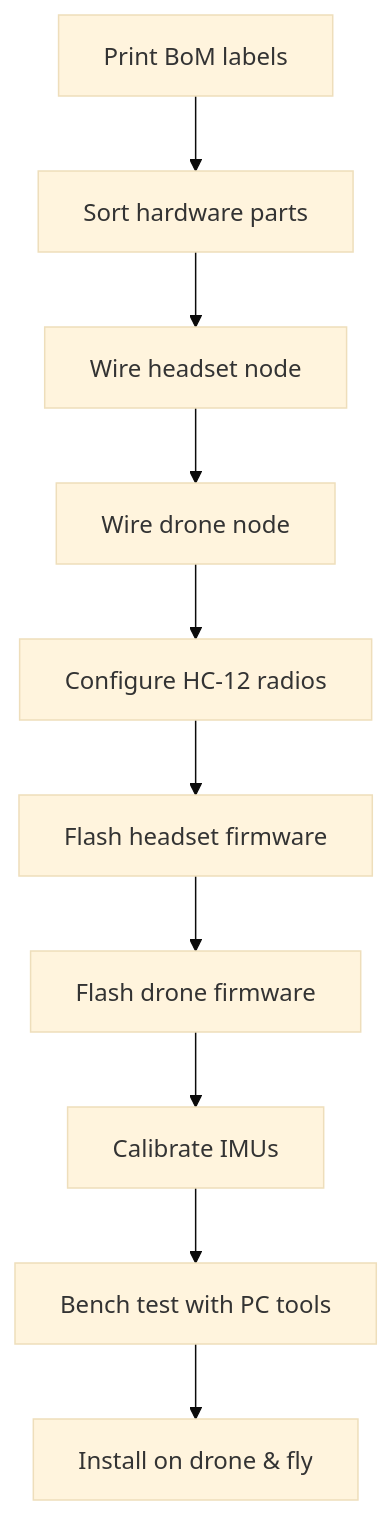
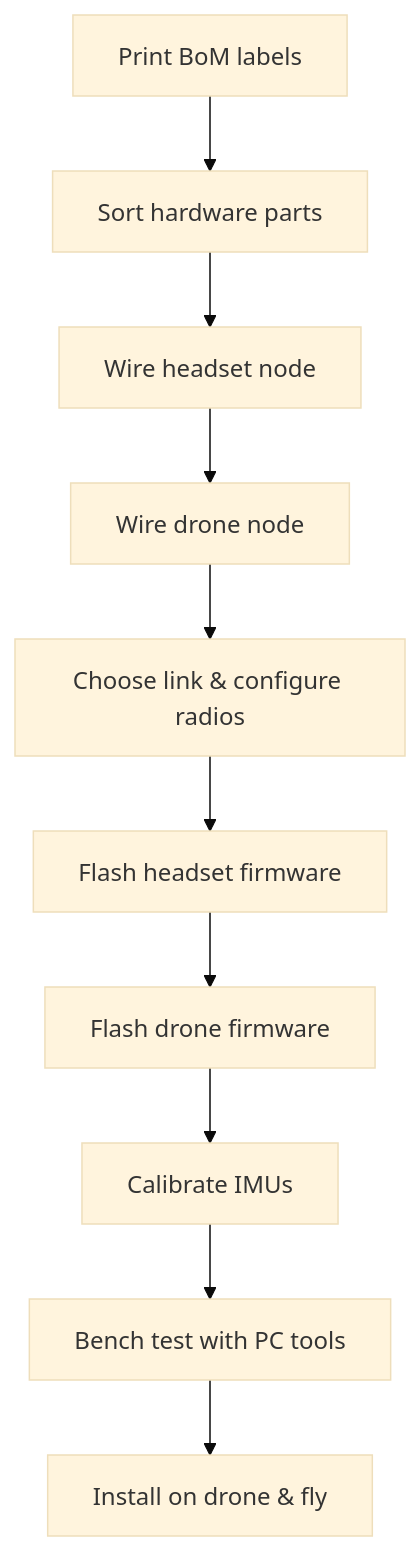
One commit to whertz2105/HeadTracker changed the diagram in README.md. Above: the diagram before and after it, drawn with Mermaid (base theme). The commit also changed other lines of this file and 8 other files, not shown here.

````diff
--- a/README.md
+++ b/README.md
@@ -107,12 +125,12 @@
 ```mermaid
 graph TD
     A[Print BoM labels] --> B[Sort hardware parts]
     B --> C[Wire headset node]
     C --> D[Wire drone node]
-    D --> E[Configure HC-12 radios]
+    D --> E[Choose link & configure radios]
     E --> F[Flash headset firmware]
     F --> G[Flash drone firmware]
     G --> H[Calibrate IMUs]
     H --> I[Bench test with PC tools]
     I --> J[Install on drone & fly]
 ```
````
